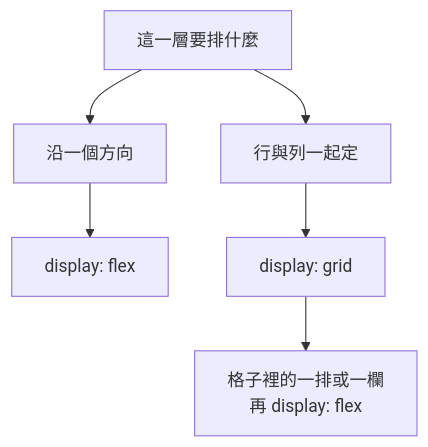
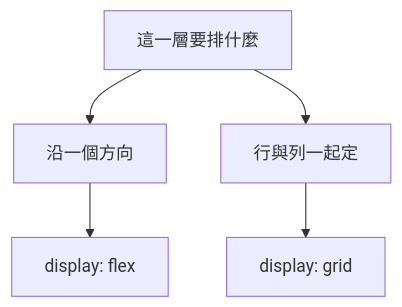
Before and after one commit to summer10920/summer10920.github.io: the diagram in source/_posts/lokiTech-15day-03-css.md, drawn with Mermaid. The commit also changed other lines of this file and 1 other file, not shown here.

```diff
--- a/source/_posts/lokiTech-15day-03-css.md
+++ b/source/_posts/lokiTech-15day-03-css.md
@@ -2214,7 +640,6 @@
 {% mermaid graph TD %}
 A["這一層要排什麼"] --> B["沿一個方向"]
 A --> C["行與列一起定"]
 B --> D["display: flex"]
 C --> E["display: grid"]
-E --> F["格子裡的一排或一欄<br/>再 display: flex"]
 {% endmermaid %}
```
